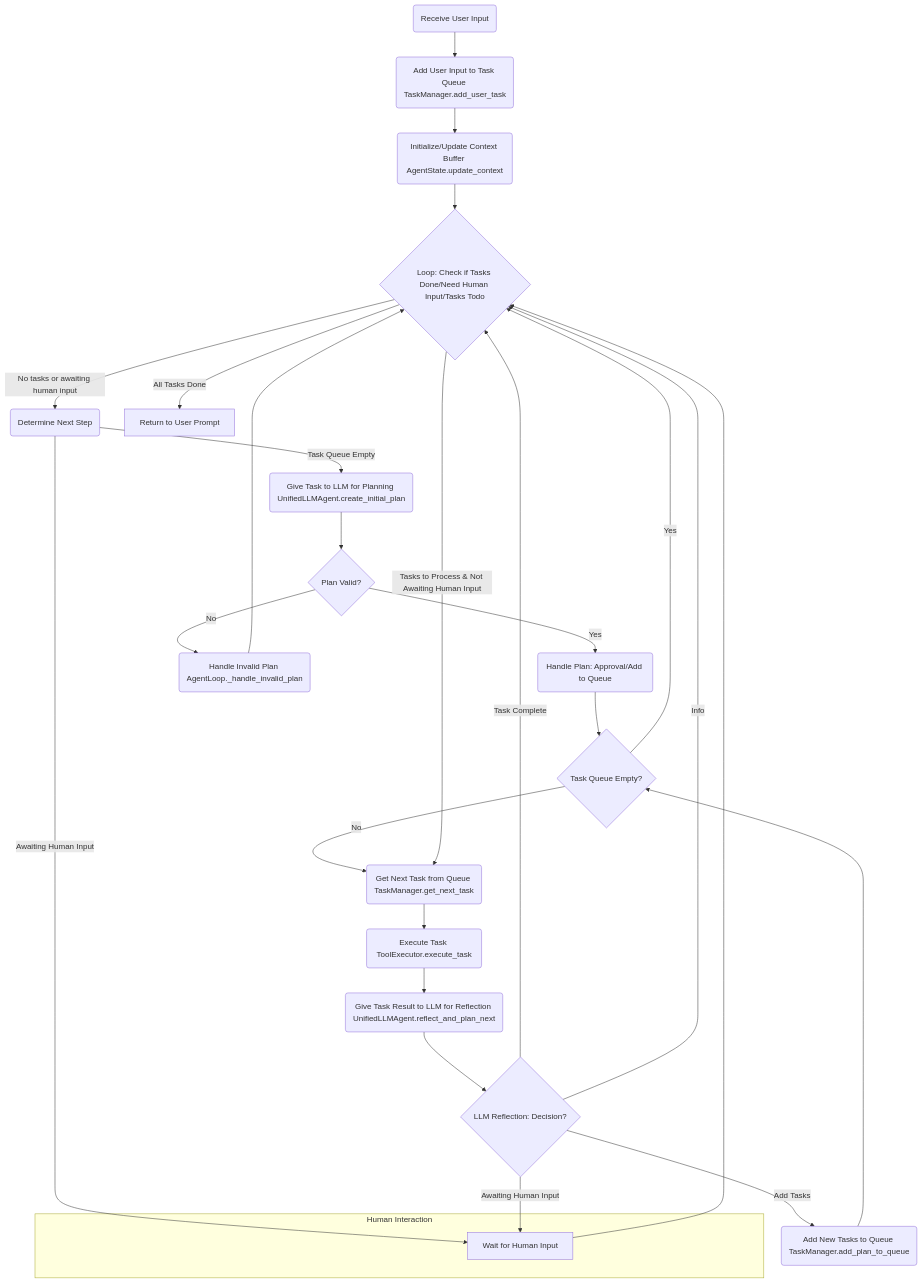
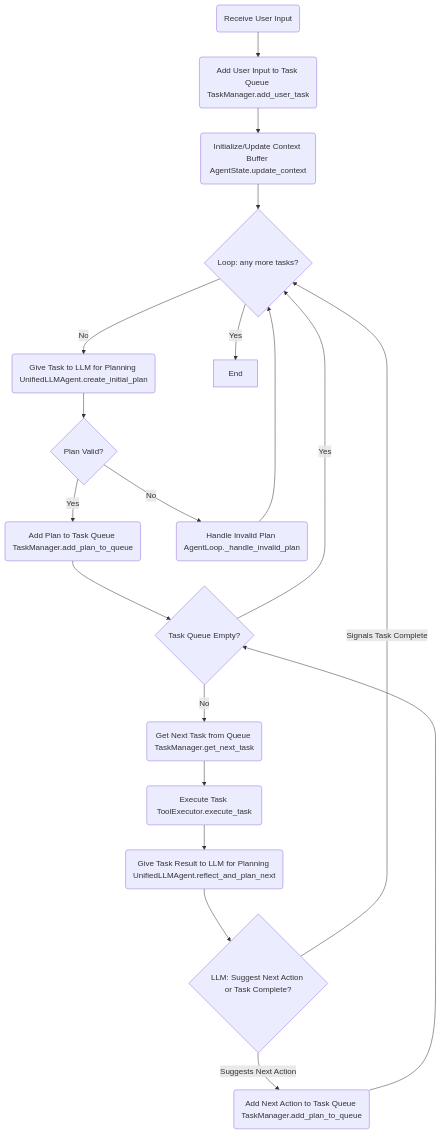
Before and after one commit to matthewspangler/AgentFlipper: the diagram in ARCHITECTURE.md, drawn with Mermaid. The commit also changed other lines of this file and 1 other file, not shown here.

Commit message:
corrected mermaid diagram

````diff
--- a/ARCHITECTURE.md
+++ b/ARCHITECTURE.md
@@ -199,32 +199,21 @@
 ```mermaid
 graph TD
     B(Receive User Input) --> B1(Add User Input to Task Queue TaskManager.add_user_task)
     B1 --> C(Initialize/Update Context Buffer AgentState.update_context)
-    C --> D{Loop: Check if Tasks Done/Need Human Input/Tasks Todo}
-    D -- No tasks or awaiting human input --> P(Determine Next Step)
-    P -- Task Queue Empty --> E_F(Give Task to LLM for Planning UnifiedLLMAgent.create_initial_plan)
-    P -- Awaiting Human Input --> Z(Wait for Human Input)
-    Z --> D
+    C --> D{Loop: any more tasks?}
+    D -- No --> E_F(Give Task to LLM for Planning UnifiedLLMAgent.create_initial_plan)
     E_F --> H{Plan Valid?}
-    H -- Yes --> A(Handle Plan: Approval/Add to Queue)
-    A --> J{Task Queue Empty?}
+    H -- Yes --> I(Add Plan to Task Queue TaskManager.add_plan_to_queue)
+    I --> J{Task Queue Empty?}
     J -- No --> K(Get Next Task from Queue TaskManager.get_next_task)
     K --> L(Execute Task ToolExecutor.execute_task)
-    L --> MN(Give Task Result to LLM for Reflection UnifiedLLMAgent.reflect_and_plan_next)
-    MN --> OQ{LLM Reflection: Decision?}
-    OQ -- Add Tasks --> S(Add New Tasks to Queue TaskManager.add_plan_to_queue)
+    L --> MN(Give Task Result to LLM for Planning UnifiedLLMAgent.reflect_and_plan_next)
+    MN --> OQ{LLM: Suggest Next Action or Task Complete?}
+    OQ -- Suggests Next Action --> S(Add Next Action to Task Queue TaskManager.add_plan_to_queue)
     S --> J
-    OQ -- Task Complete --> D
-    OQ -- Awaiting Human Input --> Z
-    OQ -- Info --> D
+    OQ -- Signals Task Complete --> D
     J -- Yes --> D
     H -- No --> W(Handle Invalid Plan AgentLoop._handle_invalid_plan)
     W --> D
-    D -- Tasks to Process & Not Awaiting Human Input --> K
-    D -- All Tasks Done --> X[Return to User Prompt]
-
-    subgraph Human Interaction
-        Z[Wait for Human Input]
-    end
-
- ```
+    D -- Yes --> X[End]
+```
````
